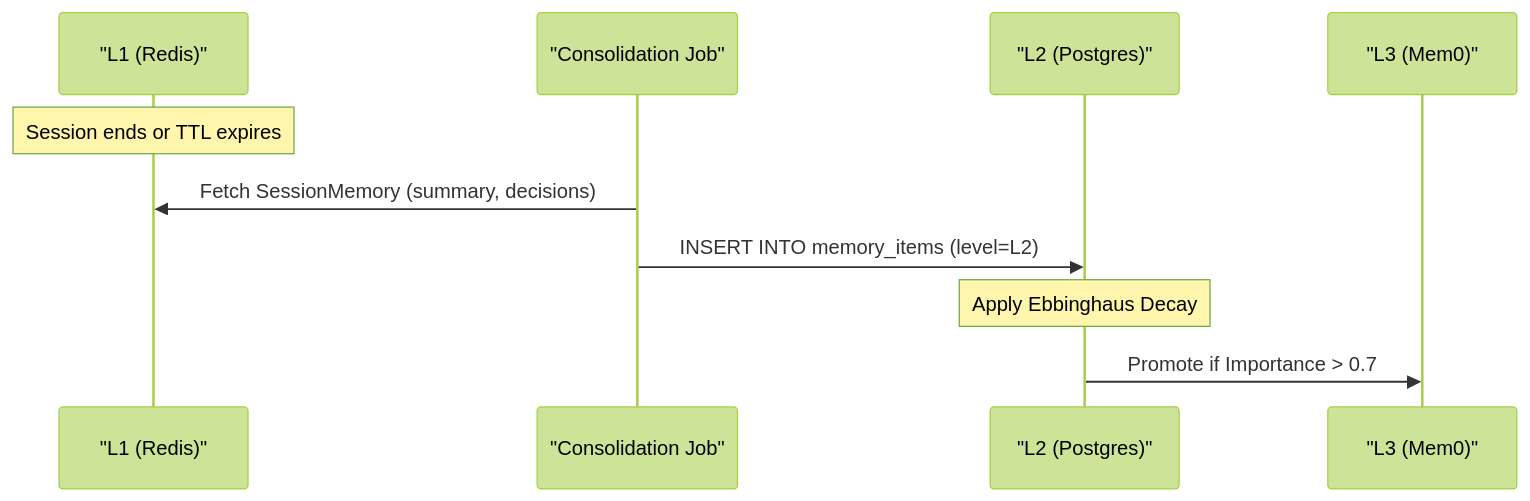
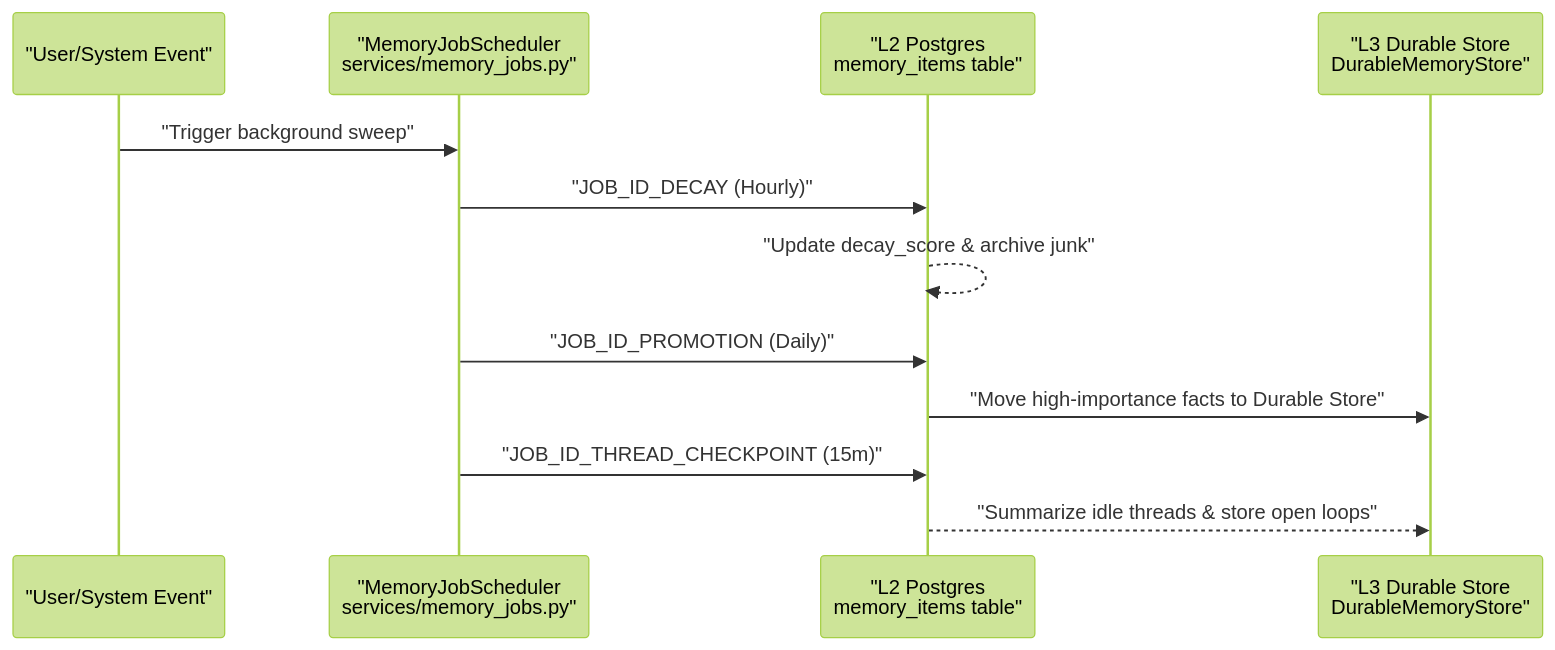
Before and after one commit to AutomatosAI/automatos-ai: the second of 2 diagrams in docs/memory-system/daily-logs-temporal-memory.md, drawn with Mermaid (forest theme). The commit also changed other lines of this file and 191 other files, not shown here.

````diff
--- a/docs/memory-system/daily-logs-temporal-memory.md
+++ b/docs/memory-system/daily-logs-temporal-memory.md
@@ -106,13 +126,17 @@
 ```mermaid
 sequenceDiagram
-    participant Redis as "L1 (Redis)"
-    participant Job as "Consolidation Job"
-    participant DB as "L2 (Postgres)"
-    participant Mem0 as "L3 (Mem0)"
-
-    Note over Redis: Session ends or TTL expires
-    Job->>Redis: Fetch SessionMemory (summary, decisions)
-    Job->>DB: INSERT INTO memory_items (level=L2)
-    Note over DB: Apply Ebbinghaus Decay
-    DB->>Mem0: Promote if Importance > 0.7
+    participant NL as "User/System Event"
+    participant Sched as "MemoryJobScheduler<br/>services/memory_jobs.py"
+    participant L2 as "L2 Postgres<br/>memory_items table"
+    participant L3 as "L3 Durable Store<br/>DurableMemoryStore"
+    
+    NL->>Sched: "Trigger background sweep"
+    Sched->>L2: "JOB_ID_DECAY (Hourly)"
+    L2-->>L2: "Update decay_score & archive junk"
+    
+    Sched->>L2: "JOB_ID_PROMOTION (Daily)"
+    L2->>L3: "Move high-importance facts to Durable Store"
+    
+    Sched->>L2: "JOB_ID_THREAD_CHECKPOINT (15m)"
+    L2-->>L3: "Summarize idle threads & store open loops"
 ```
````
